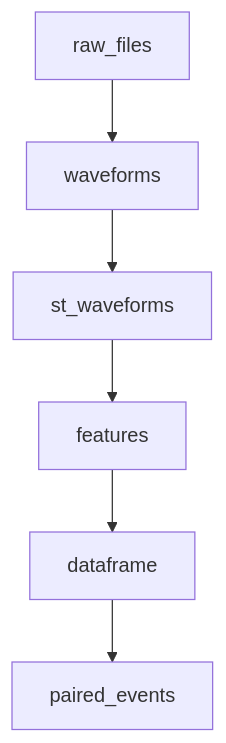
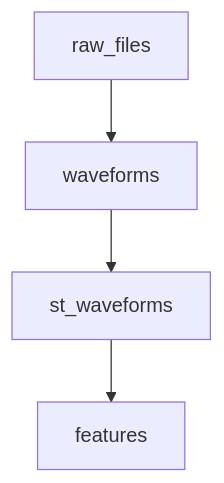
One commit to SnowingWolf/WaveformAnalysis changed the diagram in docs/features/context/LINEAGE_VISUALIZATION_GUIDE.md. Above: the diagram before and after it, drawn with Mermaid. The commit also changed other lines of this file and 23 other files, not shown here.

````diff
--- a/docs/features/context/LINEAGE_VISUALIZATION_GUIDE.md
+++ b/docs/features/context/LINEAGE_VISUALIZATION_GUIDE.md
@@ -185,8 +101,6 @@
 ```mermaid
 graph TD
     A[raw_files] --> B[waveforms]
     B --> C[st_waveforms]
     C --> D[features]
-    D --> E[dataframe]
-    E --> F[paired_events]
 ```
````
